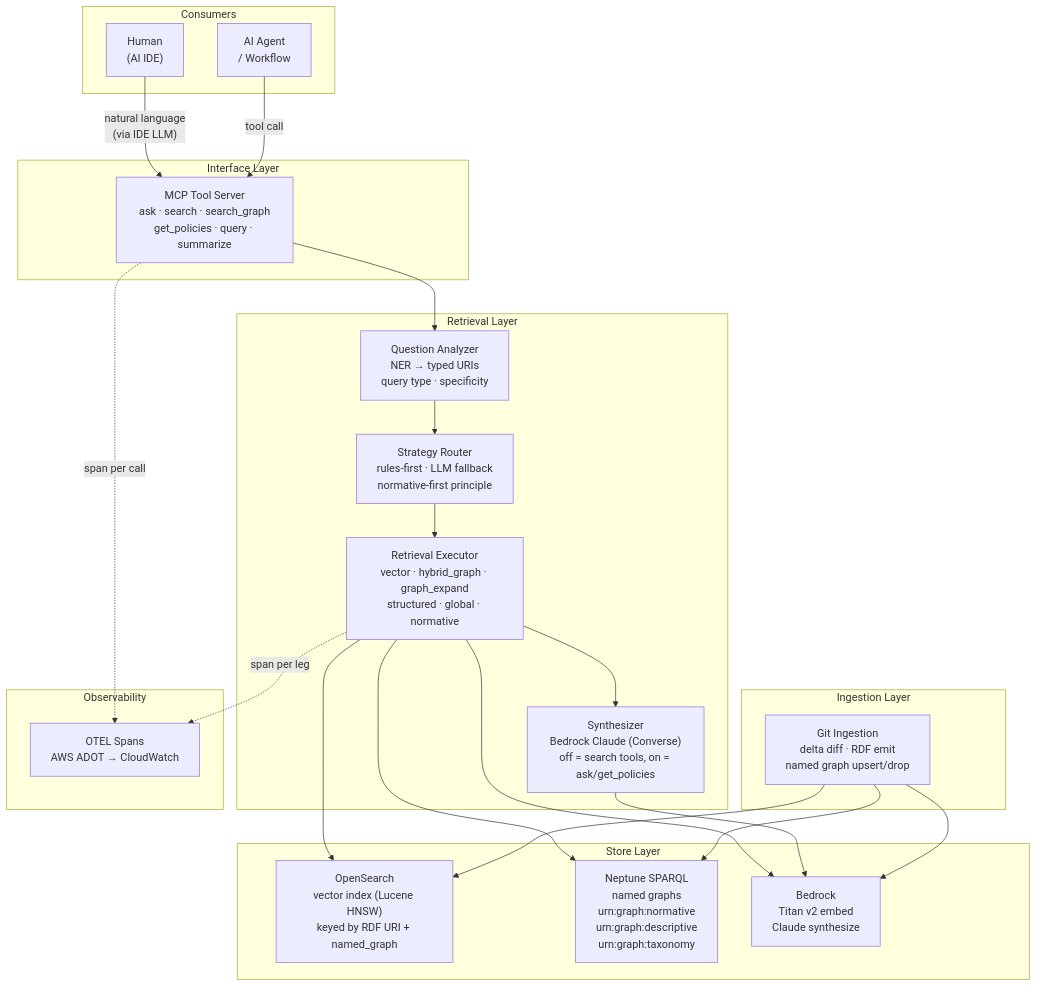
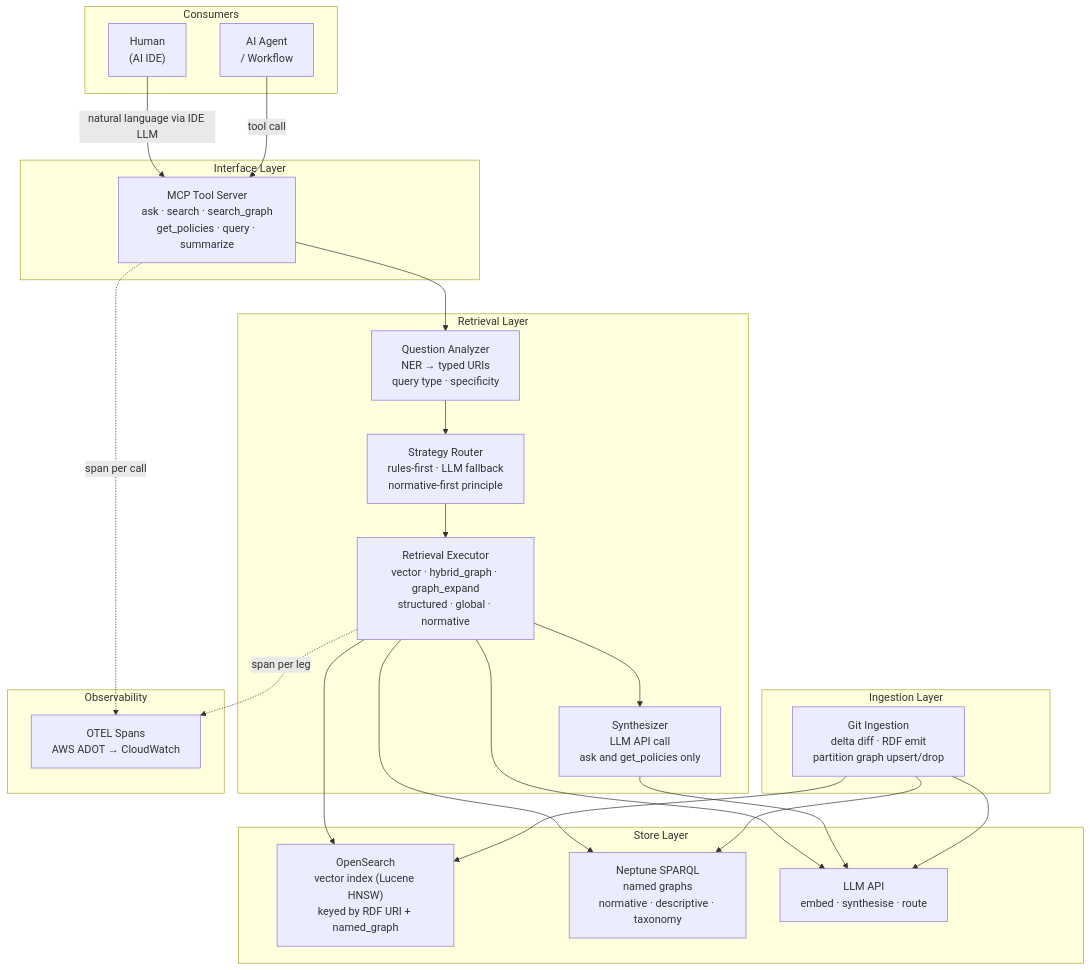
One commit to eugenelim/graphrag-aws-template changed the first of 5 diagrams in docs/architecture/biz-ops-knowledge-graph/design.md. Above: the diagram before and after it, drawn with Mermaid. The commit also changed other lines of this file, not shown here.

First line of the commit message:
docs(architecture): fix invalid mermaid diagrams and clarify physical topology connections

````diff
--- a/docs/architecture/biz-ops-knowledge-graph/design.md
+++ b/docs/architecture/biz-ops-knowledge-graph/design.md
@@ -204,49 +204,49 @@
 ```mermaid
 flowchart TB
     subgraph Consumers["Consumers"]
-        HU["Human\n(AI IDE)"]
-        AG["AI Agent\n/ Workflow"]
+        HU["Human<br/>(AI IDE)"]
+        AG["AI Agent<br/>/ Workflow"]
     end
 
     subgraph Interface["Interface Layer"]
-        MCP["MCP Tool Server\nask · search · search_graph\nget_policies · query · summarize"]
+        MCP["MCP Tool Server<br/>ask · search · search_graph<br/>get_policies · query · summarize"]
     end
 
     subgraph Retrieval["Retrieval Layer"]
-        QA["Question Analyzer\nNER → typed URIs\nquery type · specificity"]
-        SR["Strategy Router\nrules-first · LLM fallback\nnormative-first principle"]
-        EX["Retrieval Executor\nvector · hybrid_graph · graph_expand\nstructured · global · normative"]
-        SY["Synthesizer\nBedrock Claude (Converse)\noff = search tools, on = ask/get_policies"]
+        QA["Question Analyzer<br/>NER → typed URIs<br/>query type · specificity"]
+        SR["Strategy Router<br/>rules-first · LLM fallback<br/>normative-first principle"]
+        EX["Retrieval Executor<br/>vector · hybrid_graph · graph_expand<br/>structured · global · normative"]
+        SY["Synthesizer<br/>LLM API call<br/>ask and get_policies only"]
     end
 
     subgraph Stores["Store Layer"]
-        OS["OpenSearch\nvector index (Lucene HNSW)\nkeyed by RDF URI + named_graph"]
-        NP["Neptune SPARQL\nnamed graphs\nurn:graph:normative\nurn:graph:descriptive\nurn:graph:taxonomy"]
-        BD["Bedrock\nTitan v2 embed\nClaude synthesize"]
+        OS["OpenSearch<br/>vector index (Lucene HNSW)<br/>keyed by RDF URI + named_graph"]
+        NP["Neptune SPARQL<br/>named graphs<br/>normative · descriptive · taxonomy"]
+        BD["LLM API<br/>embed · synthesise · route"]
     end
 
     subgraph Ingestion["Ingestion Layer"]
-        GI["Git Ingestion\ndelta diff · RDF emit\nnamed graph upsert/drop"]
+        GI["Git Ingestion<br/>delta diff · RDF emit<br/>partition graph upsert/drop"]
     end
 
     subgraph Observability["Observability"]
-        OT["OTEL Spans\nAWS ADOT → CloudWatch"]
+        OT["OTEL Spans<br/>AWS ADOT → CloudWatch"]
     end
 
-    HU -->|"natural language\n(via IDE LLM)"| MCP
+    HU -->|"natural language via IDE LLM"| MCP
     AG -->|"tool call"| MCP
     MCP --> QA
     QA --> SR
     SR --> EX
     EX --> OS
     EX --> NP
     EX --> BD
     EX --> SY
     SY --> BD
     MCP -.->|"span per call"| OT
     EX -.->|"span per leg"| OT
 
     GI --> NP
     GI --> OS
     GI --> BD
 ```
````
